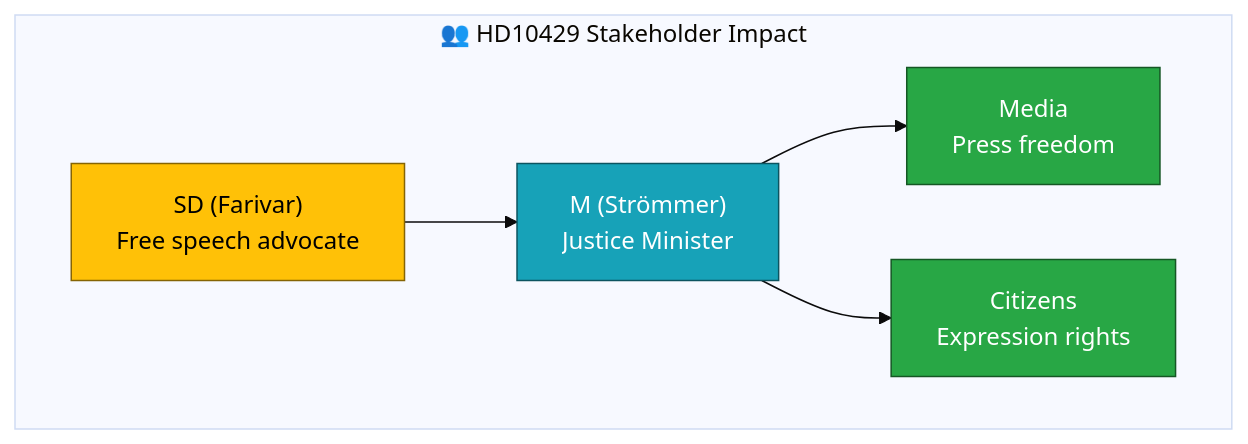
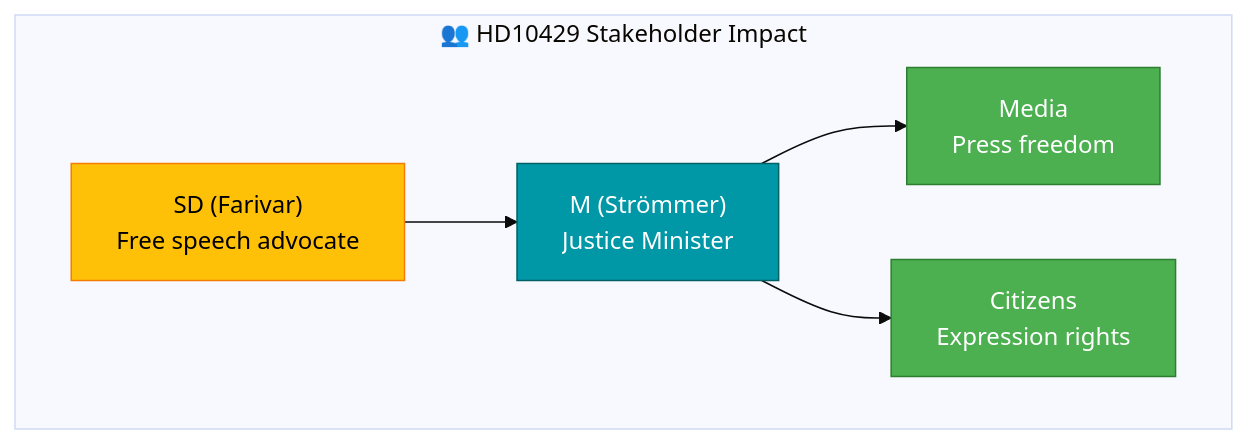
One commit to Hack23/riksdagsmonitor changed the diagram in analysis/daily/2026-04-07/realtime-1411/documents/hd10429-analysis.md. Above: the diagram before and after it, drawn with Mermaid (base theme). The commit also changed 785 other files, not shown here.

First line of the commit message:
Normalize mermaid colors across 786 analysis artifacts to ISMS Style Guide palette

````diff
--- a/analysis/daily/2026-04-07/realtime-1411/documents/hd10429-analysis.md
+++ b/analysis/daily/2026-04-07/realtime-1411/documents/hd10429-analysis.md
@@ -34,16 +34,16 @@
 ```mermaid
 graph TD
     subgraph "👥 HD10429 Stakeholder Impact"
         SD_F["SD (Farivar)<br>Free speech advocate"]
         M_S["M (Strömmer)<br>Justice Minister"]
         MEDIA_S["Media<br>Press freedom"]
         CITIZEN["Citizens<br>Expression rights"]
     end
     SD_F --> M_S
     M_S --> MEDIA_S
     M_S --> CITIZEN
-    style SD_F fill:#ffc107,stroke:#856404,color:#000
-    style M_S fill:#17a2b8,stroke:#0c5460,color:#fff
-    style MEDIA_S fill:#28a745,stroke:#155724,color:#fff
-    style CITIZEN fill:#28a745,stroke:#155724,color:#fff
+    style SD_F fill:#FFC107,stroke:#F57C00,color:#000000
+    style M_S fill:#0097A7,stroke:#006064,color:#FFFFFF
+    style MEDIA_S fill:#4CAF50,stroke:#2E7D32,color:#FFFFFF
+    style CITIZEN fill:#4CAF50,stroke:#2E7D32,color:#FFFFFF
 ```
````
